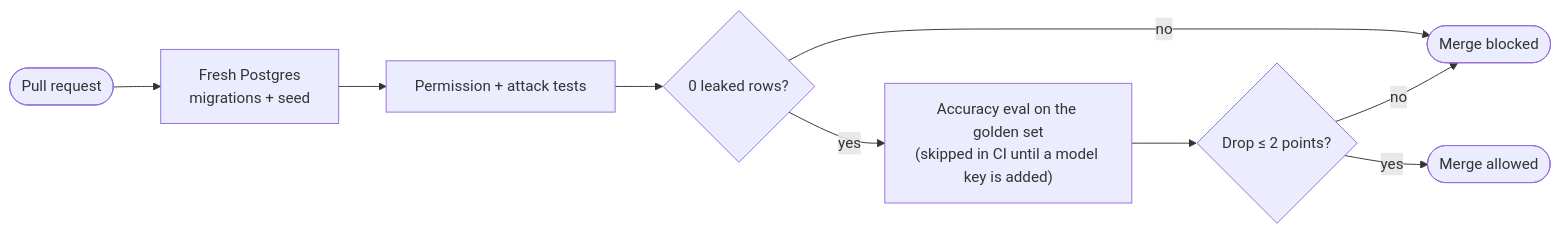
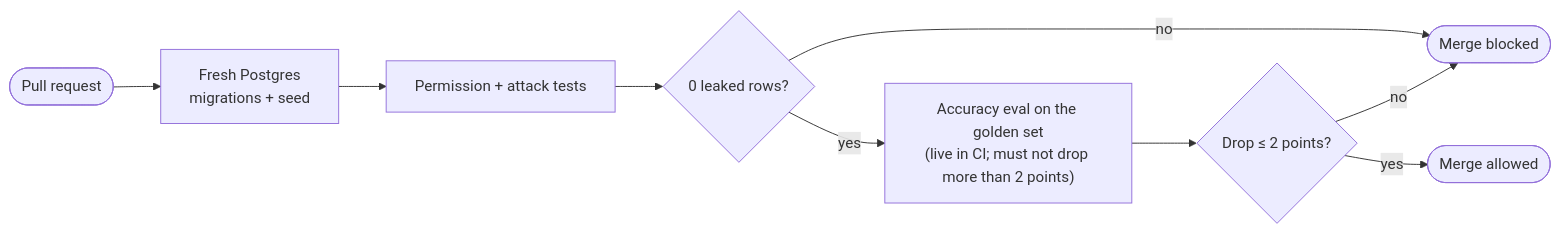
Before and after one commit to iamr1ddl3/secure-sql-agent: the third of 3 diagrams in README.md, drawn with Mermaid. The commit also changed other lines of this file, not shown here.

Commit message:
README: the accuracy gate now runs live in CI

````diff
--- a/README.md
+++ b/README.md
@@ -115,11 +116,11 @@
 ```mermaid
 flowchart LR
     PR([Pull request]) --> DB[Fresh Postgres<br/>migrations + seed]
     DB --> PT[Permission + attack tests]
     PT --> L{0 leaked rows?}
     L -- no --> BLK([Merge blocked])
-    L -- yes --> EV["Accuracy eval on the golden set<br/>(skipped in CI until a model key is added)"]
+    L -- yes --> EV["Accuracy eval on the golden set<br/>(live in CI; must not drop more than 2 points)"]
     EV --> D{Drop ≤ 2 points?}
     D -- no --> BLK
     D -- yes --> OK([Merge allowed])
 ```
````
